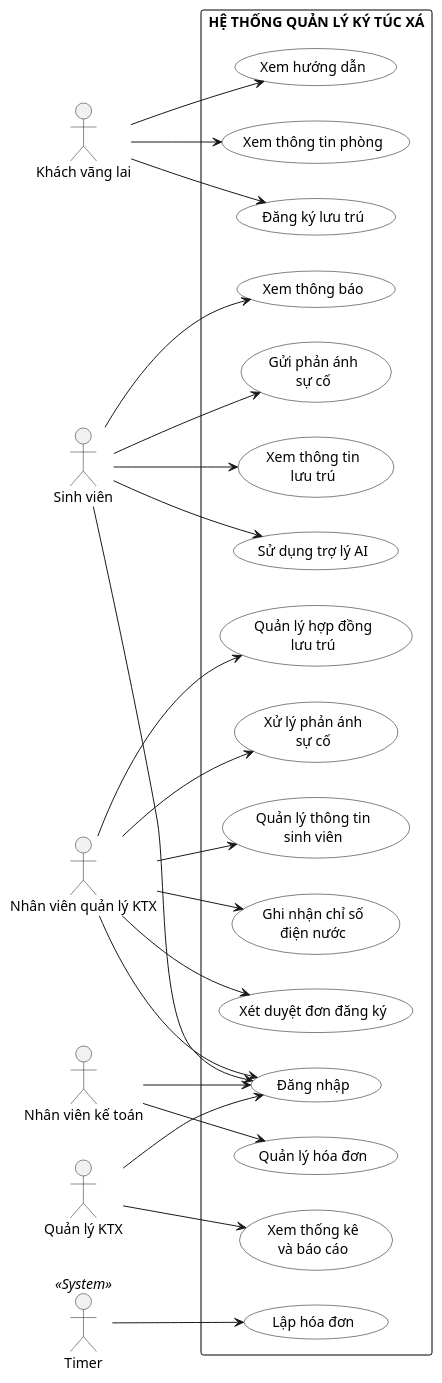
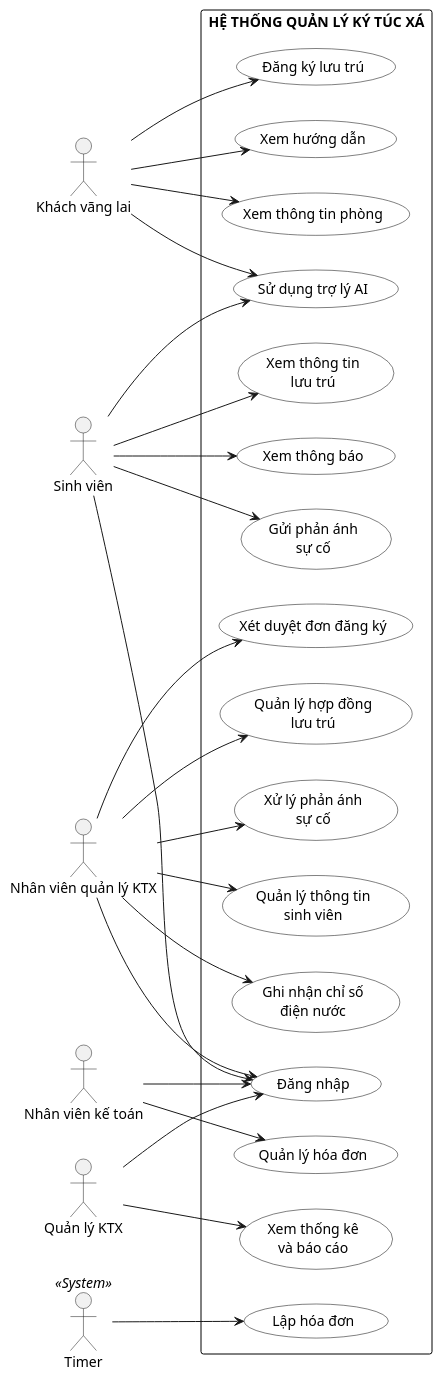
One commit to vot750422-ui/Kanto-KTX changed the diagram in docs/06-diagrams/use-case/Use Case Overview Diagram/use-case-overview.puml. Above: the diagram before and after it, drawn with PlantUML. The commit also changed 15 other files, not shown here.

```diff
--- a/docs/06-diagrams/use-case/Use Case Overview Diagram/use-case-overview.puml
+++ b/docs/06-diagrams/use-case/Use Case Overview Diagram/use-case-overview.puml
@@ -1,68 +1,69 @@
 @startuml
 left to right direction
 
 skinparam packageStyle rectangle
 skinparam actorStyle stickman
 skinparam usecase {
     BackgroundColor White
     BorderColor Black
 }
 skinparam rectangle {
     BorderColor Black
 }
 
 actor "Khách vãng lai" as Guest
 actor "Sinh viên" as Student
 actor "Nhân viên quản lý KTX" as NVQL
 actor "Nhân viên kế toán" as Accountant
 actor "Quản lý KTX" as Manager
 actor "Timer" as Timer <<System>>
 
 rectangle "HỆ THỐNG QUẢN LÝ KÝ TÚC XÁ" {
 
     usecase "Xem thông tin phòng" as UC15
     usecase "Đăng ký lưu trú" as UC02
     usecase "Xem hướng dẫn" as UC16
 
     usecase "Xem thông báo" as UC12
     usecase "Gửi phản ánh\nsự cố" as UC08
     usecase "Xem thông tin\nlưu trú" as UC11
     usecase "Sử dụng trợ lý AI" as UC13
 
     usecase "Xét duyệt đơn đăng ký" as UC03
     usecase "Quản lý hợp đồng\nlưu trú" as UC05
     usecase "Xử lý phản ánh\nsự cố" as UC09
     usecase "Quản lý thông tin\nsinh viên" as UC04
     usecase "Ghi nhận chỉ số\nđiện nước" as UC06
 
     usecase "Đăng nhập" as UC01
     usecase "Quản lý hóa đơn" as UC07
     usecase "Xem thống kê\nvà báo cáo" as UC14
     usecase "Lập hóa đơn" as UC10
 }
 
 Guest --> UC15
 Guest --> UC02
 Guest --> UC16
+Guest --> UC13
 
 Student --> UC12
 Student --> UC08
 Student --> UC11
 Student --> UC13
 Student --> UC01
 
 NVQL --> UC03
 NVQL --> UC05
 NVQL --> UC09
 NVQL --> UC04
 NVQL --> UC06
 NVQL --> UC01
 
 Accountant --> UC01
 Accountant --> UC07
 
 Manager --> UC01
 Manager --> UC14
 
 Timer --> UC10
 @enduml
```
